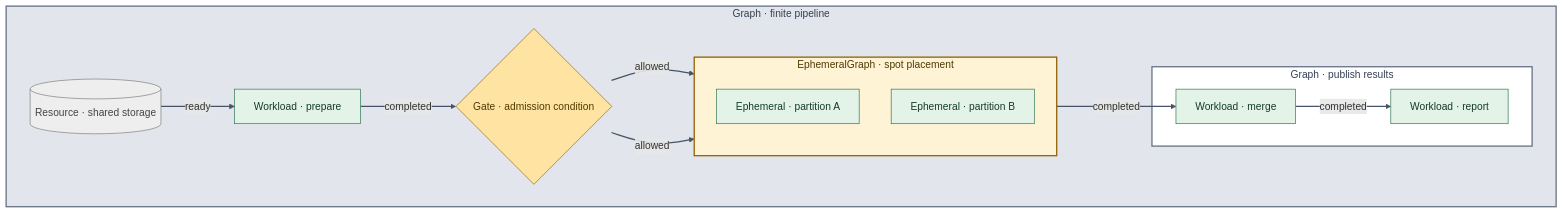
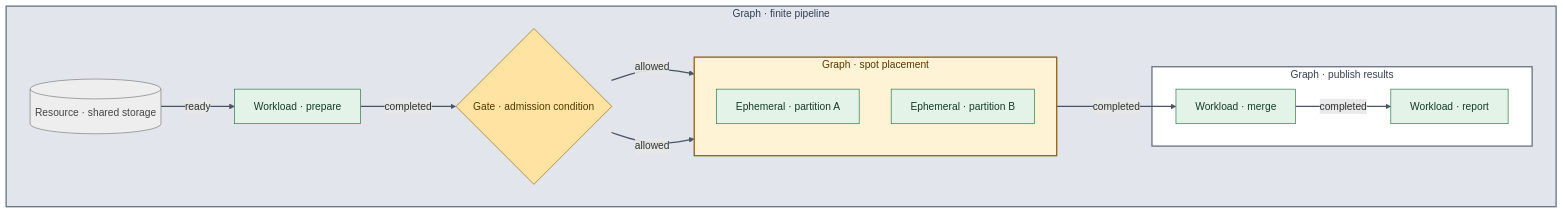
The sixth of 7 diagrams in README.md (astrivant/polyad), drawn with Mermaid before and after one commit. The commit also changed other lines of this file and 92 other files, not shown here.

````diff
--- a/README.md
+++ b/README.md
@@ -244,34 +243,34 @@
 ```mermaid
 flowchart LR
     subgraph pipeline["Graph · finite pipeline"]
         direction LR
         storage[("Resource · shared storage")]
         prepare["Workload · prepare"]
         gate{"Gate · admission condition"}
-        subgraph workers["EphemeralGraph · spot placement"]
+        subgraph workers["Graph · spot placement"]
             direction TB
             left["Ephemeral · partition A"]
             right["Ephemeral · partition B"]
         end
         subgraph publish["Graph · publish results"]
             merge["Workload · merge"]
             report["Workload · report"]
             merge -->|completed| report
         end
         storage -->|ready| prepare
         prepare -->|completed| gate
         gate -->|allowed| left
         gate -->|allowed| right
         workers -->|completed| merge
     end
     classDef execution fill:#e3f3e8,stroke:#247047,color:#163b29
     classDef constraint fill:#ffe3a3,stroke:#926000,color:#513900
     classDef resource fill:#eeeeee,stroke:#777777,color:#444444
     class prepare,left,right,merge,report execution
     class gate constraint
     class storage resource
     style pipeline fill:#e2e6ec,stroke:#667085,stroke-width:2px,color:#344054
     style workers fill:#fff3d6,stroke:#926000,stroke-width:2px,color:#513900
     style publish fill:#ffffff,stroke:#667085,stroke-width:2px,color:#344054
     linkStyle default stroke:#475467,stroke-width:2px
 ```
````
